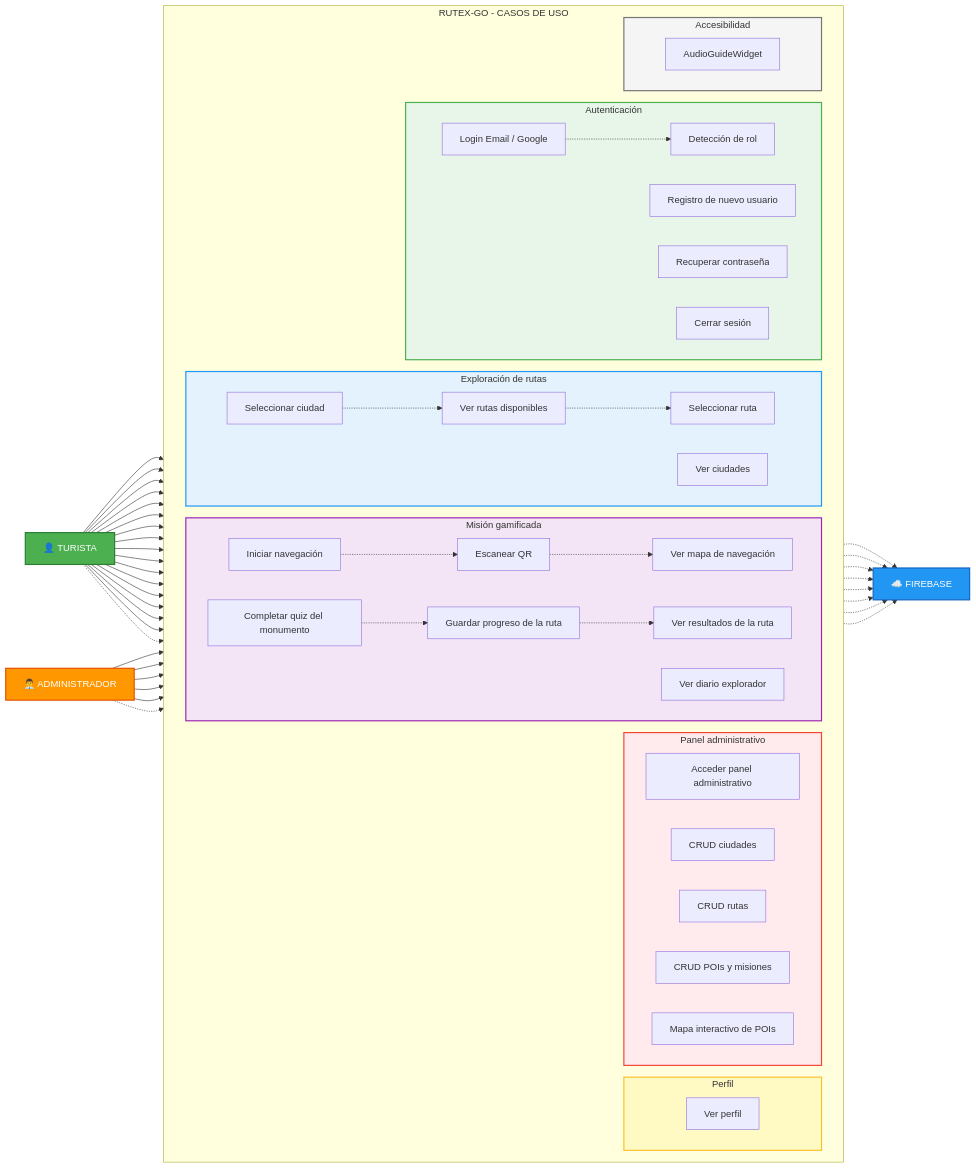
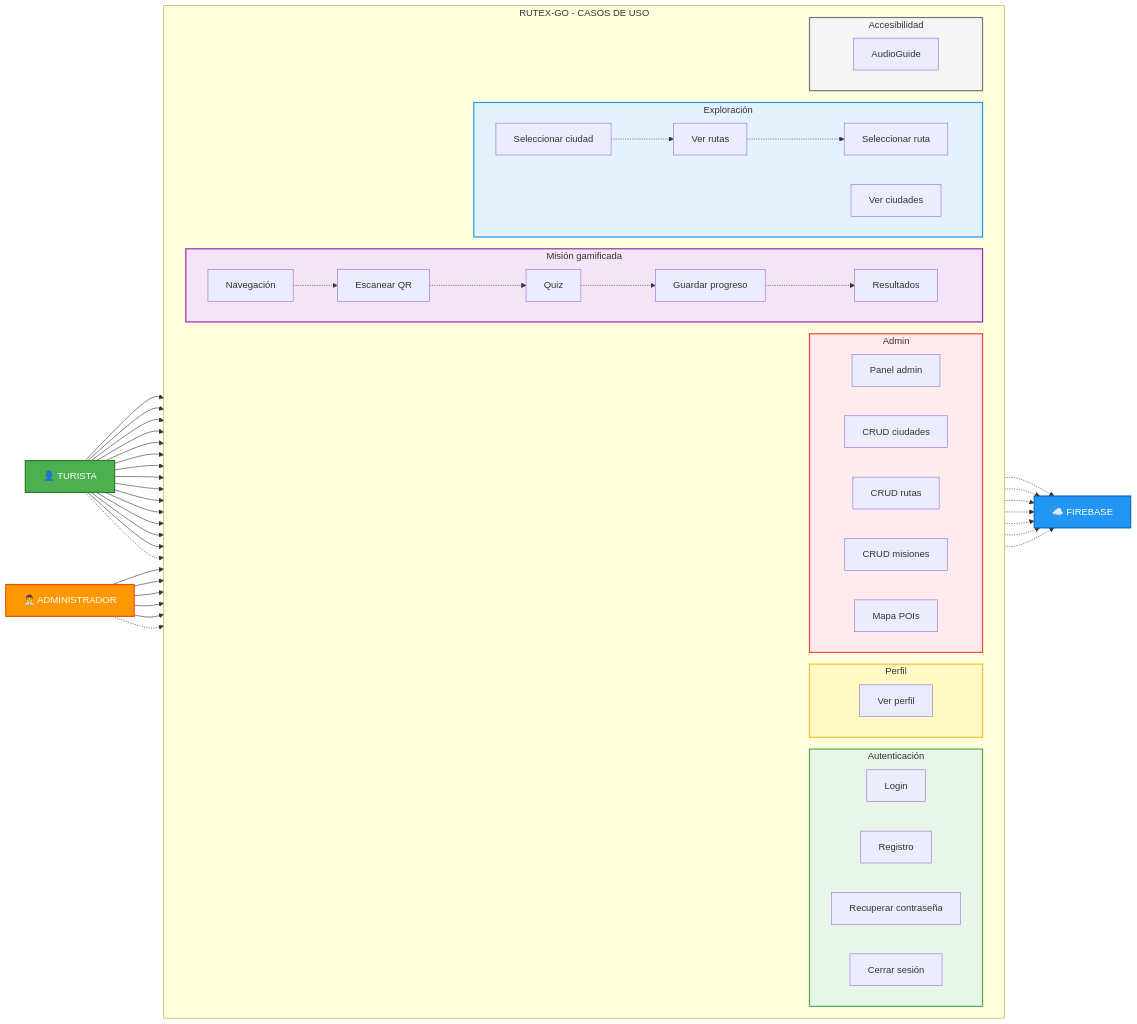
Before and after one commit to TurisTechTeam-Dev/rutexgo-assets: the fourth of 4 diagrams in diagrama secuencia.md, drawn with Mermaid.

Commit message:
Update diagrama secuencia.md

````diff
--- a/diagrama secuencia.md
+++ b/diagrama secuencia.md
@@ -206,111 +206,97 @@
 ```mermaid
 flowchart LR
-    %% ACTORES
     TURISTA["👤 TURISTA"]
     ADMIN["👨‍💼 ADMINISTRADOR"]
     FIREBASE["☁️ FIREBASE"]
 
-    %% SISTEMA
     subgraph SISTEMA["RUTEX-GO - CASOS DE USO"]
         direction LR
 
         subgraph AUTH["Autenticación"]
-            AUTH1["Login Email / Google"]
-            AUTH2["Registro de nuevo usuario"]
-            AUTH3["Recuperar contraseña"]
-            AUTH4["Cerrar sesión"]
-            AUTH5["Detección de rol"]
+            A1["Login"]
+            A2["Registro"]
+            A3["Recuperar contraseña"]
+            A4["Cerrar sesión"]
         end
 
-        subgraph EXP["Exploración de rutas"]
-            EXP1["Ver ciudades"]
-            EXP2["Seleccionar ciudad"]
-            EXP3["Ver rutas disponibles"]
-            EXP4["Seleccionar ruta"]
+        subgraph EXP["Exploración"]
+            E1["Ver ciudades"]
+            E2["Seleccionar ciudad"]
+            E3["Ver rutas"]
+            E4["Seleccionar ruta"]
         end
 
-        subgraph MIS["Misión gamificada"]
-            MIS1["Iniciar navegación"]
-            MIS2["Escanear QR"]
-            MIS3["Ver mapa de navegación"]
-            MIS4["Completar quiz del monumento"]
-            MIS5["Guardar progreso de la ruta"]
-            MIS6["Ver resultados de la ruta"]
-            MIS7["Ver diario explorador"]
+        subgraph MISS["Misión gamificada"]
+            M1["Navegación"]
+            M2["Escanear QR"]
+            M3["Quiz"]
+            M4["Guardar progreso"]
+            M5["Resultados"]
         end
 
-        subgraph PER["Perfil"]
-            PER1["Ver perfil"]
+        subgraph PROF["Perfil"]
+            P1["Ver perfil"]
         end
 
-        subgraph ADM["Panel administrativo"]
-            ADM1["Acceder panel administrativo"]
-            ADM2["CRUD ciudades"]
-            ADM3["CRUD rutas"]
-            ADM4["CRUD POIs y misiones"]
-            ADM5["Mapa interactivo de POIs"]
+        subgraph ADM["Admin"]
+            D1["Panel admin"]
+            D2["CRUD ciudades"]
+            D3["CRUD rutas"]
+            D4["CRUD misiones"]
+            D5["Mapa POIs"]
         end
 
         subgraph ACC["Accesibilidad"]
-            ACC1["AudioGuideWidget"]
+            X1["AudioGuide"]
         end
     end
 
-    %% RELACIONES TURISTA
-    TURISTA --> AUTH1
-    TURISTA --> AUTH2
-    TURISTA --> AUTH3
-    TURISTA --> AUTH4
-    TURISTA --> EXP1
-    TURISTA --> EXP2
-    TURISTA --> EXP3
-    TURISTA --> EXP4
-    TURISTA --> MIS1
-    TURISTA --> MIS2
-    TURISTA --> MIS3
-    TURISTA --> MIS4
-    TURISTA --> MIS5
-    TURISTA --> MIS6
-    TURISTA --> MIS7
-    TURISTA --> PER1
-    TURISTA -.-> ACC1
+    TURISTA --> A1
+    TURISTA --> A2
+    TURISTA --> A3
+    TURISTA --> A4
+    TURISTA --> E1
+    TURISTA --> E2
+    TURISTA --> E3
+    TURISTA --> E4
+    TURISTA --> M1
+    TURISTA --> M2
+    TURISTA --> M3
+    TURISTA --> M4
+    TURISTA --> M5
+    TURISTA --> P1
+    TURISTA -.-> X1
 
-    %% RELACIONES ADMINISTRADOR
-    ADMIN --> ADM1
-    ADMIN --> ADM2
-    ADMIN --> ADM3
-    ADMIN --> ADM4
-    ADMIN --> ADM5
-    ADMIN -.-> ACC1
+    ADMIN --> D1
+    ADMIN --> D2
+    ADMIN --> D3
+    ADMIN --> D4
+    ADMIN --> D5
+    ADMIN -.-> X1
 
-    %% FLUJOS
-    AUTH1 -.-> AUTH5
-    EXP2 -.-> EXP3
-    EXP3 -.-> EXP4
-    MIS1 -.-> MIS2
-    MIS2 -.-> MIS3
-    MIS4 -.-> MIS5
-    MIS5 -.-> MIS6
+    A1 -.-> FIREBASE
+    A2 -.-> FIREBASE
+    A3 -.-> FIREBASE
+    M4 -.-> FIREBASE
+    D2 -.-> FIREBASE
+    D3 -.-> FIREBASE
+    D4 -.-> FIREBASE
 
-    %% FIREBASE
-    AUTH1 -.-> FIREBASE
-    AUTH2 -.-> FIREBASE
-    AUTH3 -.-> FIREBASE
-    AUTH5 -.-> FIREBASE
-    MIS5 -.-> FIREBASE
-    ADM2 -.-> FIREBASE
-    ADM3 -.-> FIREBASE
-    ADM4 -.-> FIREBASE
+    E2 -.-> E3
+    E3 -.-> E4
+    M1 -.-> M2
+    M2 -.-> M3
+    M3 -.-> M4
+    M4 -.-> M5
 
-    %% ESTILO
     style TURISTA fill:#4CAF50,stroke:#2E7D32,stroke-width:2px,color:#fff
     style ADMIN fill:#FF9800,stroke:#E65100,stroke-width:2px,color:#fff
     style FIREBASE fill:#2196F3,stroke:#1565C0,stroke-width:2px,color:#fff
 
     style AUTH fill:#E8F5E9,stroke:#4CAF50,stroke-width:2px
     style EXP fill:#E3F2FD,stroke:#2196F3,stroke-width:2px
-    style MIS fill:#F3E5F5,stroke:#9C27B0,stroke-width:2px
-    style PER fill:#FFF9C4,stroke:#FBC02D,stroke-width:2px
+    style MISS fill:#F3E5F5,stroke:#9C27B0,stroke-width:2px
+    style PROF fill:#FFF9C4,stroke:#FBC02D,stroke-width:2px
     style ADM fill:#FFEBEE,stroke:#F44336,stroke-width:2px
     style ACC fill:#F5F5F5,stroke:#757575,stroke-width:2px
 ```
````
